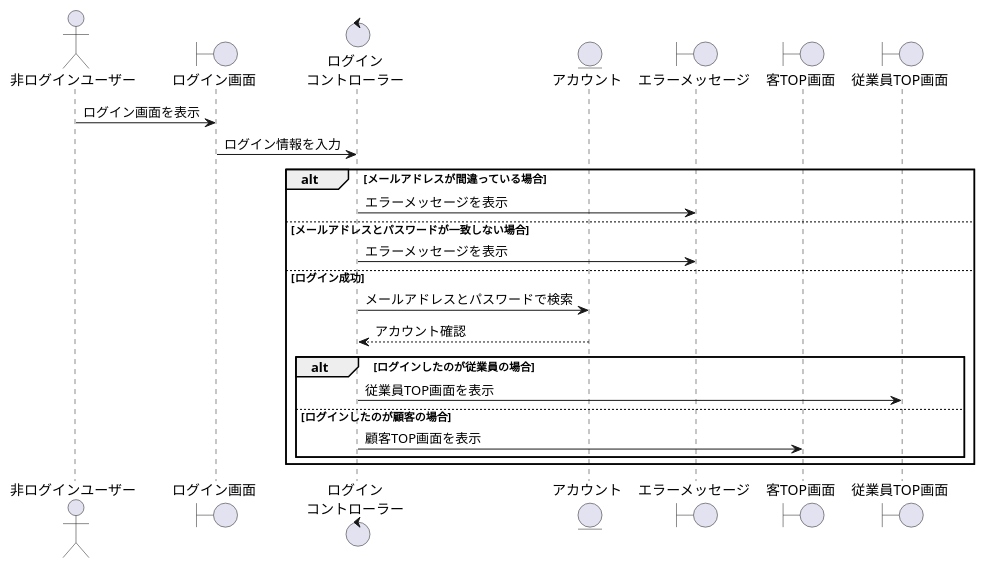
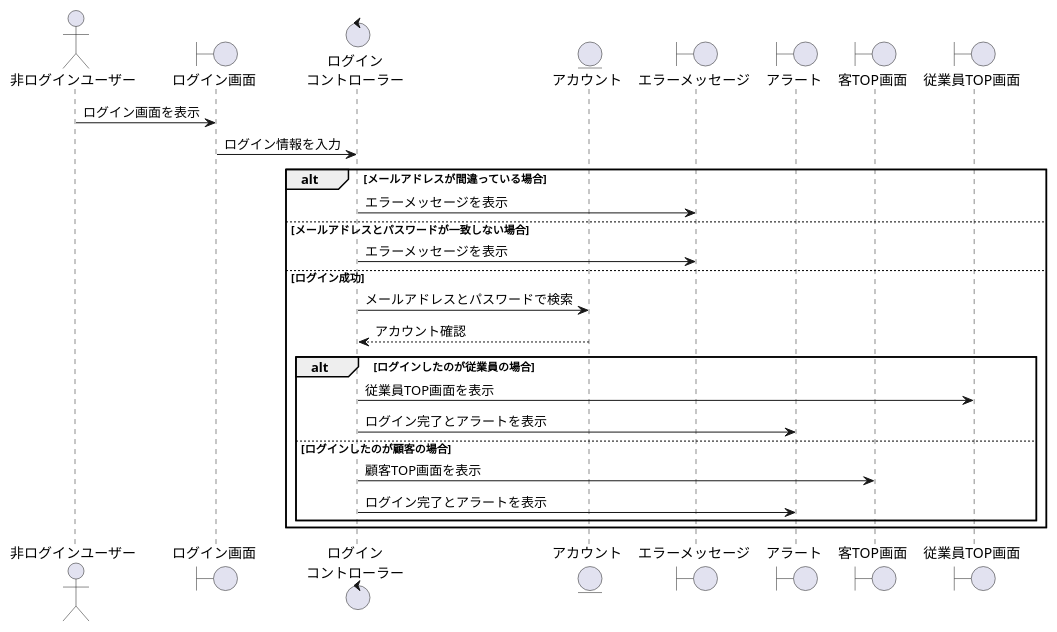
One commit to ysyk-wtnb16/team_D changed the diagram in BBショップ/ログイン.wsd. Above: the diagram before and after it, drawn with PlantUML.

Commit message:
修正

```diff
--- a/BBショップ/ログイン.wsd
+++ b/BBショップ/ログイン.wsd
@@ -1,29 +1,32 @@
 @startuml login
 actor "非ログインユーザー" as nonlogin
 boundary "ログイン画面" as log
 control "ログイン\nコントローラー" as logc
 entity "アカウント" as account
 boundary "エラーメッセージ" as error
+boundary "アラート" as alert
 boundary "客TOP画面" as cust_top
 boundary "従業員TOP画面" as emp_top
  
 nonlogin -> log: ログイン画面を表示
 
 log -> logc: ログイン情報を入力
  
  
 alt メールアドレスが間違っている場合
     logc -> error: エラーメッセージを表示
 else メールアドレスとパスワードが一致しない場合
     logc -> error: エラーメッセージを表示
 else ログイン成功
-    
+
     logc -> account: メールアドレスとパスワードで検索
     account --> logc: アカウント確認
     alt ログインしたのが従業員の場合
         logc -> emp_top: 従業員TOP画面を表示
+        logc -> alert:ログイン完了とアラートを表示
     else ログインしたのが顧客の場合
         logc -> cust_top: 顧客TOP画面を表示
+        logc -> alert:ログイン完了とアラートを表示
     end
 end
 @enduml
```
